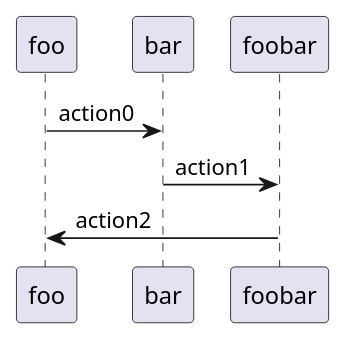
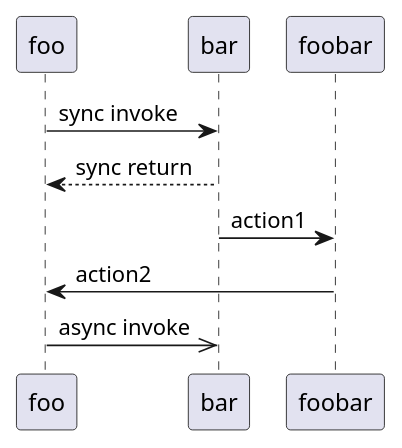
One commit to wiloon/blog changed the diagram in content/post/archive-0/2012-09-24-uml.md. Above: the diagram before and after it, drawn with PlantUML. The commit also changed other lines of this file and 10 other files, not shown here.

````diff
--- a/content/post/archive-0/2012-09-24-uml.md
+++ b/content/post/archive-0/2012-09-24-uml.md
@@ -14,7 +14,9 @@
 ```plantuml
 @startuml
-foo -> bar: action0
+foo -> bar: sync invoke
+bar --> foo: sync return
 bar -> foobar: action1
 foobar -> foo: action2
+foo ->> bar: async invoke
 @enduml
 ```
````
